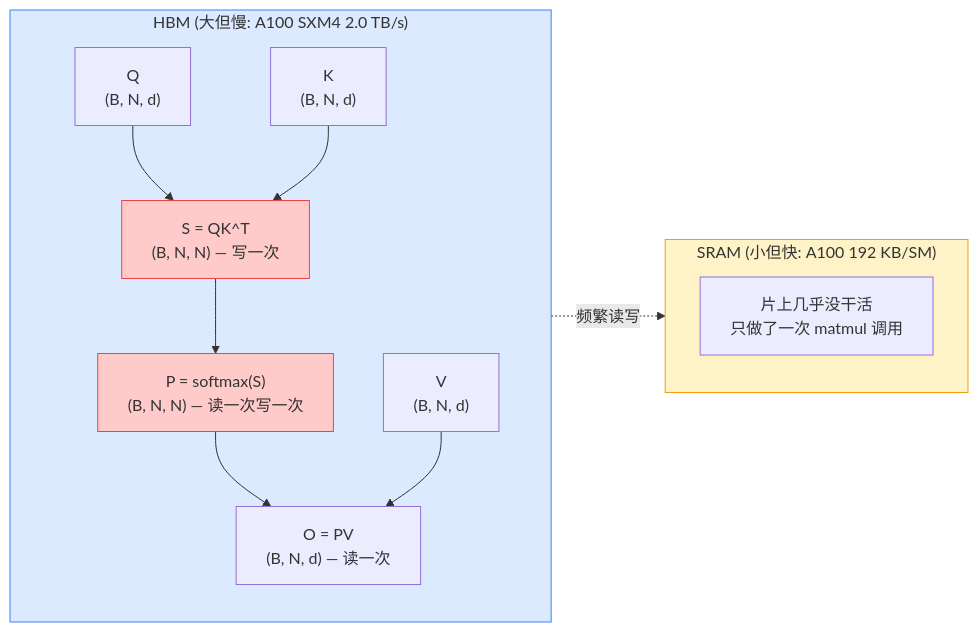
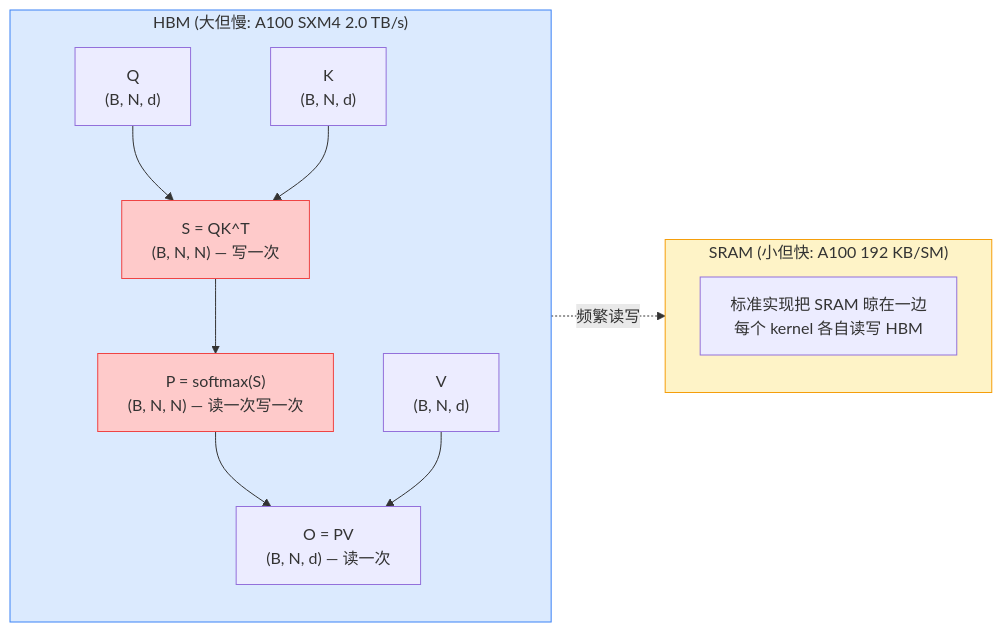
Before and after one commit to A1pha3/text-matrix: the first of 2 diagrams in content/posts/tech/flash-attention-fast-exact-attention-guide.md, drawn with Mermaid. The commit also changed other lines of this file and 21 other files, not shown here.

````diff
--- a/content/posts/tech/flash-attention-fast-exact-attention-guide.md
+++ b/content/posts/tech/flash-attention-fast-exact-attention-guide.md
@@ -80,27 +80,27 @@
 ```mermaid
 flowchart LR
     subgraph HBM ["HBM (大但慢: A100 SXM4 2.0 TB/s)"]
         Q["Q<br/>(B, N, d)"]
         K["K<br/>(B, N, d)"]
         V["V<br/>(B, N, d)"]
         S["S = QK^T<br/>(B, N, N) — 写一次"]
         P["P = softmax(S)<br/>(B, N, N) — 读一次写一次"]
         O["O = PV<br/>(B, N, d) — 读一次"]
         Q --> S
         K --> S
         S --> P
         P --> O
         V --> O
     end
 
     subgraph SRAM ["SRAM (小但快: A100 192 KB/SM)"]
-        Empty["片上几乎没干活<br/>只做了一次 matmul 调用"]
+        Empty["标准实现把 SRAM 晾在一边<br/>每个 kernel 各自读写 HBM"]
     end
 
     HBM -.频繁读写.-> SRAM
 
     style S fill:#fecaca,stroke:#ef4444
     style P fill:#fecaca,stroke:#ef4444
     style HBM fill:#dbeafe,stroke:#3b82f6
     style SRAM fill:#fef3c7,stroke:#f59e0b
 ```
````
